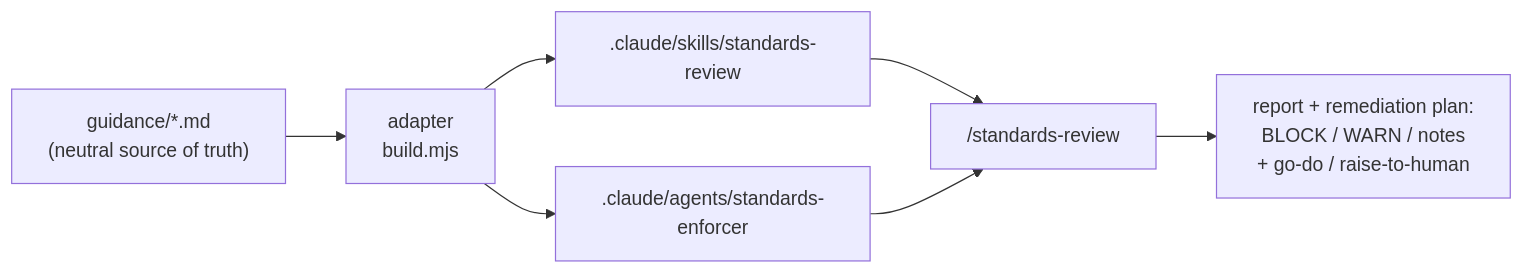
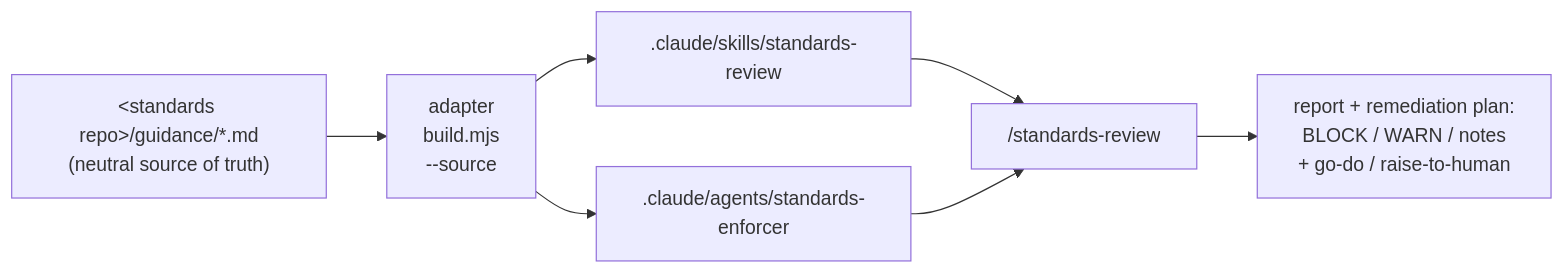
One commit to adam-flores/org-engineering-config changed the first of 3 diagrams in docs/HOW-TO-USE.md. Above: the diagram before and after it, drawn with Mermaid. The commit also changed other lines of this file and 97 other files, not shown here.

````diff
--- a/docs/HOW-TO-USE.md
+++ b/docs/HOW-TO-USE.md
@@ -22,9 +23,9 @@
 ```mermaid
 flowchart LR
-  G["guidance/*.md<br/>(neutral source of truth)"] --> AD["adapter<br/>build.mjs"]
+  G["&lt;standards repo&gt;/guidance/*.md<br/>(neutral source of truth)"] --> AD["adapter<br/>build.mjs<br/>--source"]
   AD --> SK[".claude/skills/standards-review"]
   AD --> AG[".claude/agents/standards-enforcer"]
   SK --> RV["/standards-review"]
   AG --> RV
   RV --> REP["report + remediation plan:<br/>BLOCK / WARN / notes<br/>+ go-do / raise-to-human"]
 ```
````
